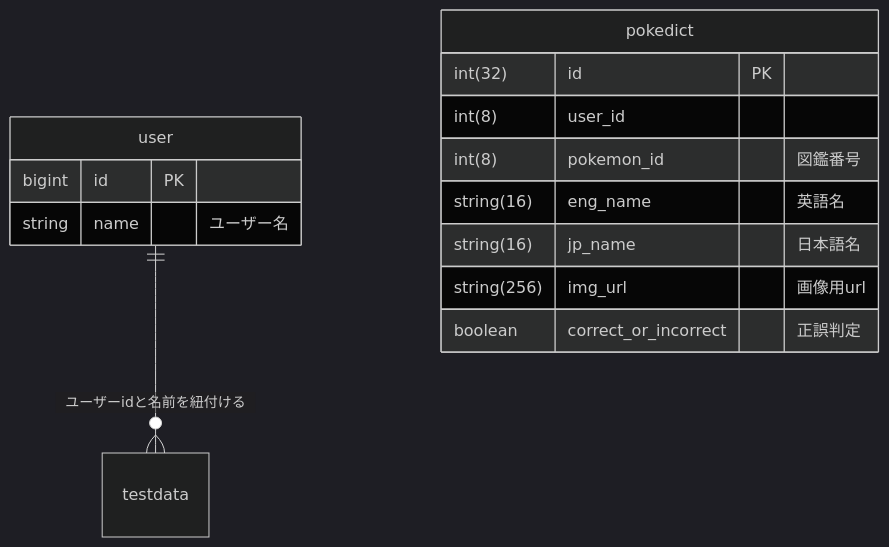
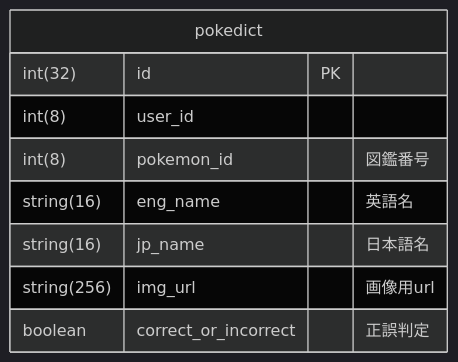
One commit to Yoshi2885/back-tspokedict changed the diagram in README.md. Above: the diagram before and after it, drawn with Mermaid (dark theme). The commit also changed other lines of this file and 2 other files, not shown here.

````diff
--- a/README.md
+++ b/README.md
@@ -49,18 +61,13 @@
 ```mermaid
 erDiagram
-  user ||--o{ testdata: "ユーザーidと名前を紐付ける"
-    user {
-      bigint id PK
-      string name "ユーザー名"
-    }
-    pokedict {
-      int(32) id PK
-      int(8) user_id
-      int(8) pokemon_id "図鑑番号"
-      string(16) eng_name "英語名"
-      string(16) jp_name "日本語名"
-      string(256) img_url "画像用url"
-      boolean correct_or_incorrect "正誤判定"
+  pokedict {
+    int(32) id PK
+    int(8) user_id
+    int(8) pokemon_id "図鑑番号"
+    string(16) eng_name "英語名"
+    string(16) jp_name "日本語名"
+    string(256) img_url "画像用url"
+    boolean correct_or_incorrect "正誤判定"
     }
 
 ```
````
